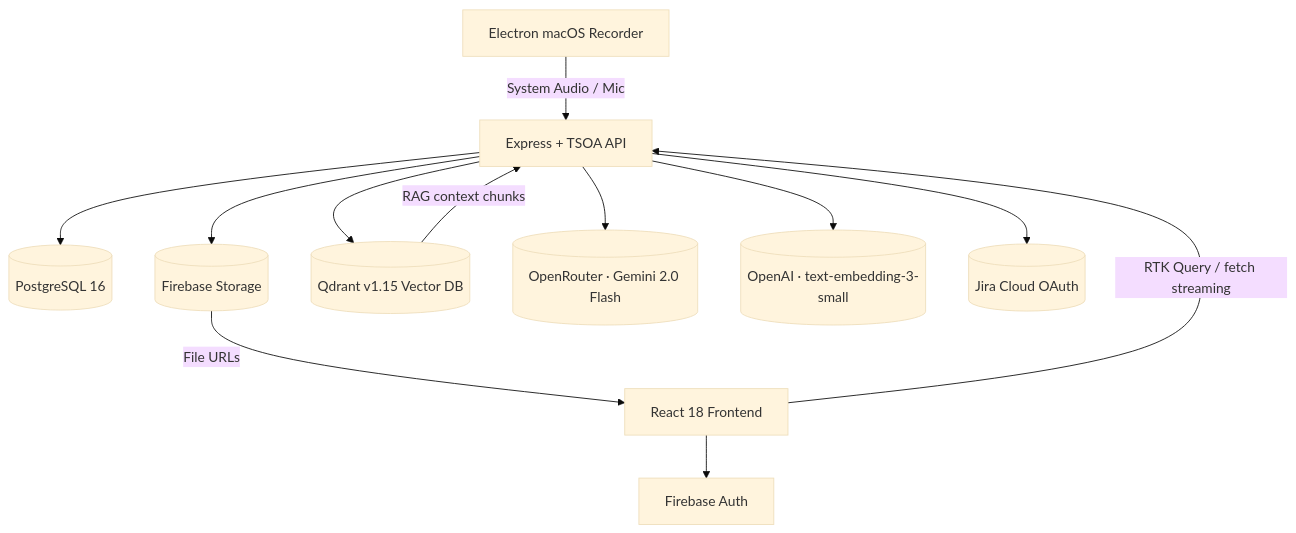
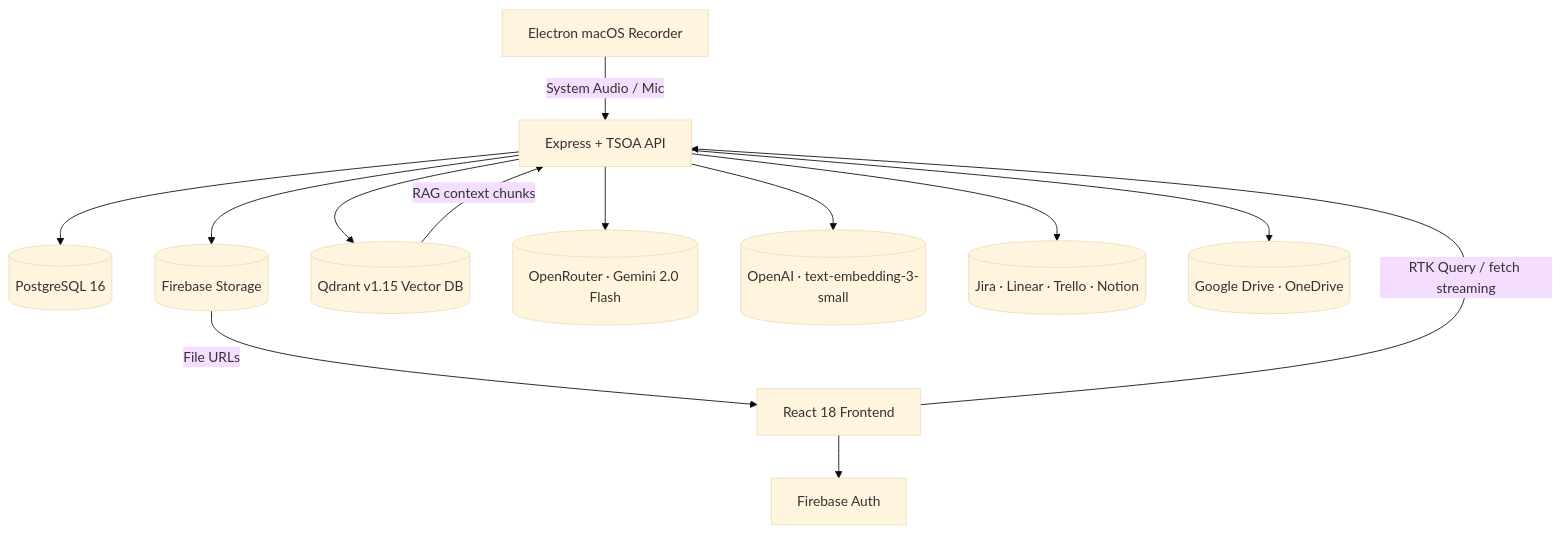
One commit to blueberrybytes/plan-ai changed the diagram in plan-ai/README.md. Above: the diagram before and after it, drawn with Mermaid (base theme). The commit also changed other lines of this file and 31 other files, not shown here.

Commit message:
feat: refactor Google integration and add Microsoft OneDrive support with new controllers and database migrations

````diff
--- a/plan-ai/README.md
+++ b/plan-ai/README.md
@@ -34,14 +35,15 @@
 ```mermaid
 graph TD
   Recorder[Electron macOS Recorder] -->|System Audio / Mic| BE
   FE[React 18 Frontend] -->|RTK Query / fetch streaming| BE[Express + TSOA API]
   FE --> FirebaseAuth[Firebase Auth]
   BE --> Postgres[(PostgreSQL 16)]
   BE --> FirebaseStorage[(Firebase Storage)]
   BE --> Qdrant[(Qdrant v1.15 Vector DB)]
   BE --> OpenRouter[(OpenRouter · Gemini 2.0 Flash)]
   BE --> OpenAI[(OpenAI · text-embedding-3-small)]
-  BE --> Jira[(Jira Cloud OAuth)]
+  BE --> Integrations[(Jira · Linear · Trello · Notion)]
+  BE --> CloudStorage[(Google Drive · OneDrive)]
   Qdrant -->|RAG context chunks| BE
   FirebaseStorage -->|File URLs| FE
 ```
````
